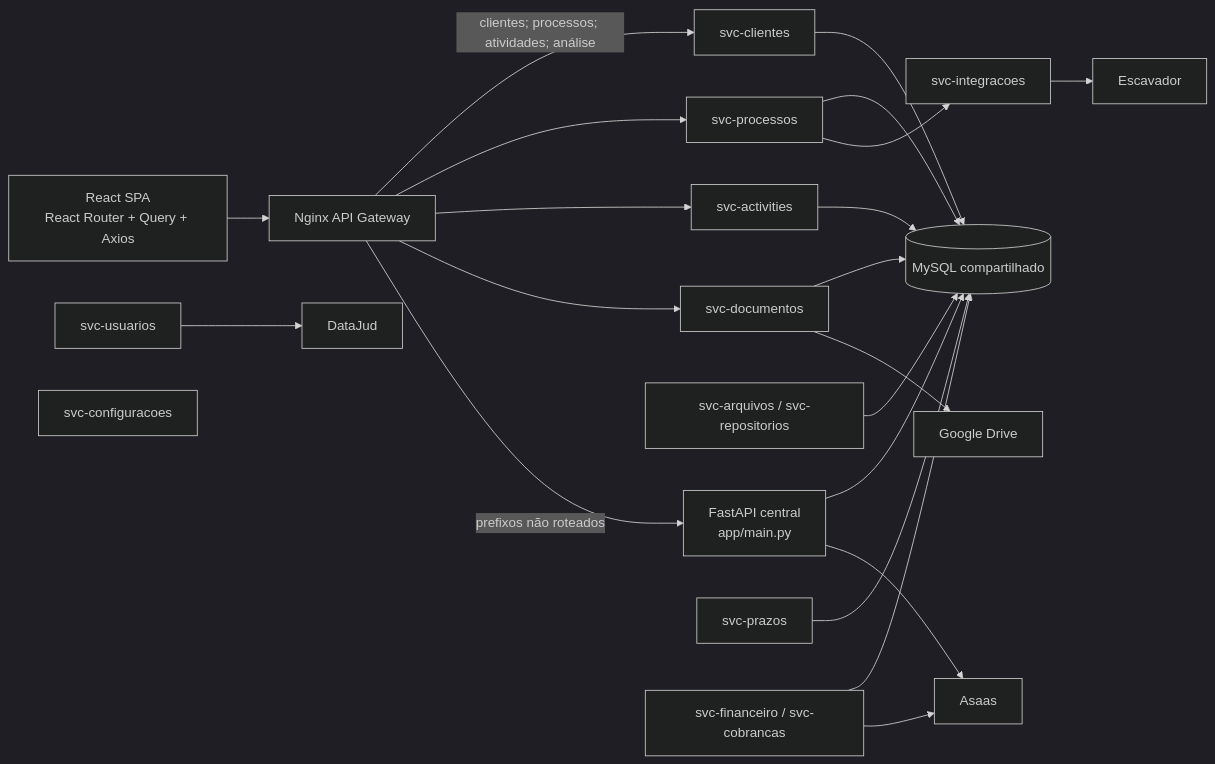
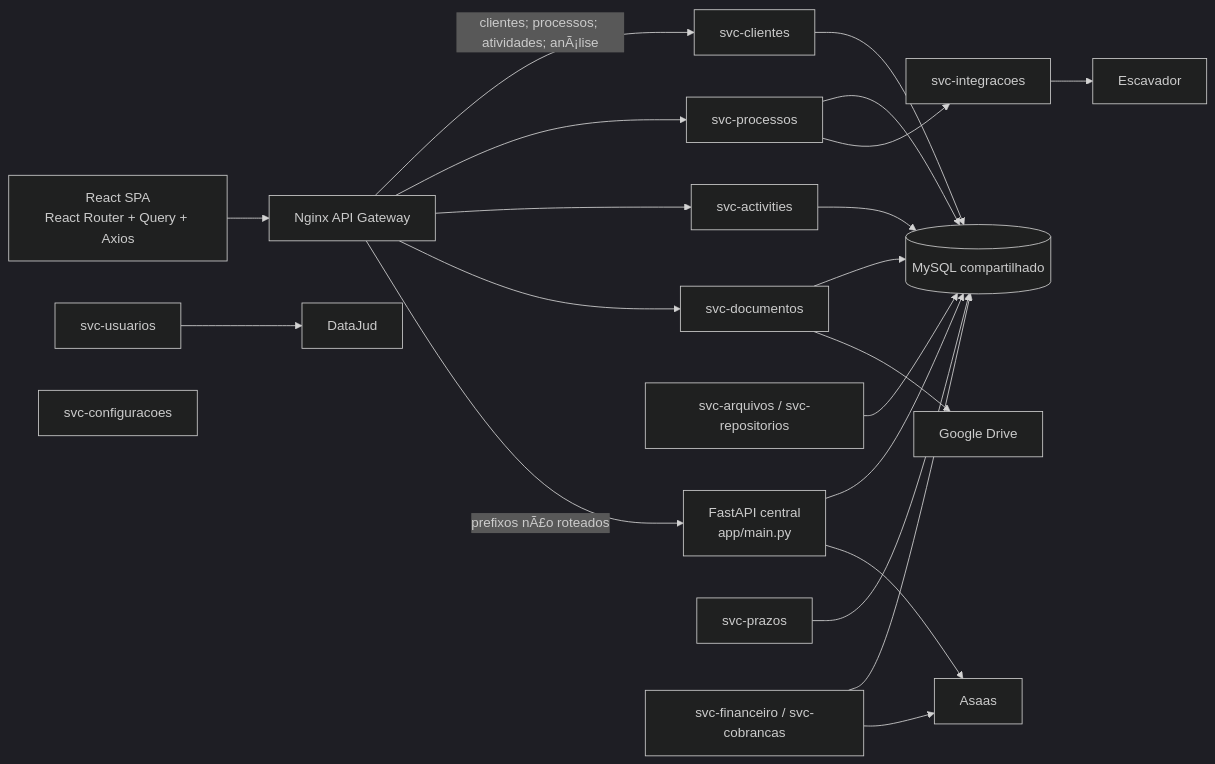
Before and after one commit to kealabs-ai/kealex: the first of 3 diagrams in docs/auditoria-jornada-juridica/05-arquitetura-e-integracoes.md, drawn with Mermaid (dark theme). The commit also changed other lines of this file and 111 other files, not shown here.

````diff
--- a/docs/auditoria-jornada-juridica/05-arquitetura-e-integracoes.md
+++ b/docs/auditoria-jornada-juridica/05-arquitetura-e-integracoes.md
@@ -5,42 +5,42 @@
 ```mermaid
 flowchart LR
   Browser[React SPA\nReact Router + Query + Axios]
   Gateway[Nginx API Gateway]
   Core[FastAPI central\napp/main.py]
   Clients[svc-clientes]
   Processes[svc-processos]
   Docs[svc-documentos]
   Files[svc-arquivos / svc-repositorios]
   Activities[svc-activities]
   Deadlines[svc-prazos]
   Finance[svc-financeiro / svc-cobrancas]
   Integrations[svc-integracoes]
   Users[svc-usuarios]
   Settings[svc-configuracoes]
   DB[(MySQL compartilhado)]
   Escavador[Escavador]
   DataJud[DataJud]
   Asaas[Asaas]
   Google[Google Drive]
 
   Browser --> Gateway
-  Gateway -->|clientes; processos; atividades; análise| Clients
+  Gateway -->|clientes; processos; atividades; anÃ¡lise| Clients
   Gateway --> Processes
   Gateway --> Activities
   Gateway --> Docs
-  Gateway -->|prefixos não roteados| Core
+  Gateway -->|prefixos nÃ£o roteados| Core
   Core --> DB
   Clients --> DB
   Processes --> DB
   Docs --> DB
   Files --> DB
   Activities --> DB
   Deadlines --> DB
   Finance --> DB
   Integrations --> Escavador
   Processes --> Integrations
   Users --> DataJud
   Core --> Asaas
   Finance --> Asaas
   Docs --> Google
 ```
````
